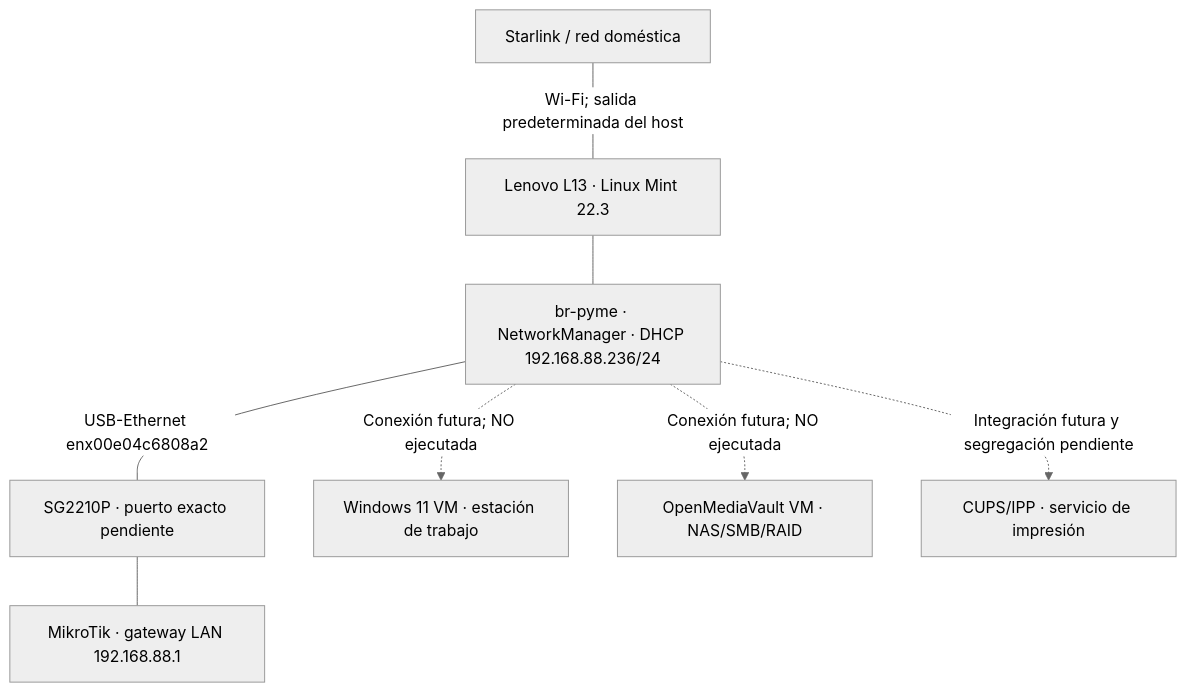
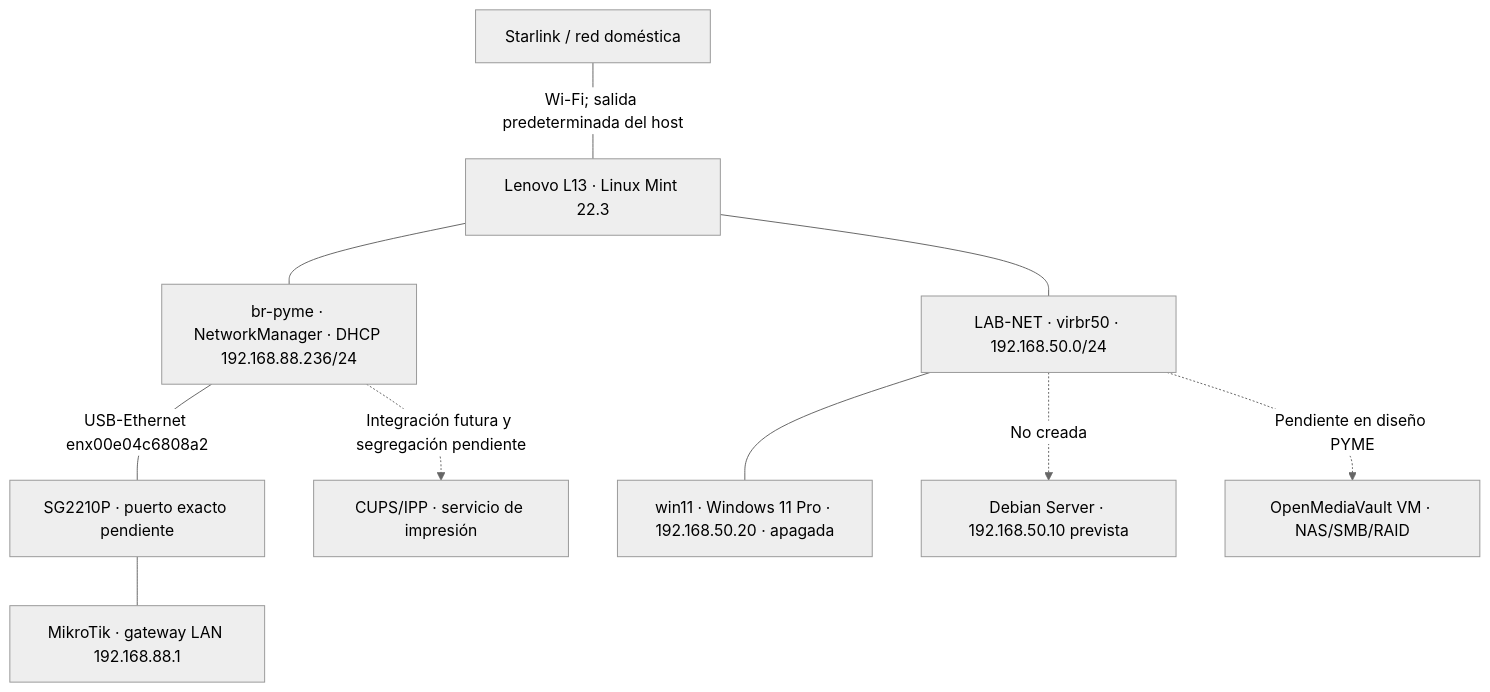
Before and after one commit to p0p1as71/gestor-redes-laboratorio: the diagram in laboratorio-virtual/lenovo-l13/README.md, drawn with Mermaid (neutral theme). The commit also changed other lines of this file and 3 other files, not shown here.

First line of the commit message:
docs: Windows 11 instalada en LAB-NET y estado Lenovo 28/10 (#19)

````diff
--- a/laboratorio-virtual/lenovo-l13/README.md
+++ b/laboratorio-virtual/lenovo-l13/README.md
@@ -9,10 +9,12 @@
 ```mermaid
 flowchart TD
     STAR["Starlink / red doméstica"] ---|"Wi-Fi; salida predeterminada del host"| HOST["Lenovo L13 · Linux Mint 22.3"]
     HOST --- BR["br-pyme · NetworkManager · DHCP 192.168.88.236/24"]
     BR ---|"USB-Ethernet enx00e04c6808a2"| SW["SG2210P · puerto exacto pendiente"]
     SW --- M["MikroTik · gateway LAN 192.168.88.1"]
-    BR -.->|"Conexión futura; NO ejecutada"| WIN["Windows 11 VM · estación de trabajo"]
-    BR -.->|"Conexión futura; NO ejecutada"| OMV["OpenMediaVault VM · NAS/SMB/RAID"]
+    HOST --- LAB["LAB-NET · virbr50 · 192.168.50.0/24"]
+    LAB --- WIN["win11 · Windows 11 Pro · 192.168.50.20 · apagada"]
+    LAB -.->|"No creada"| DEB["Debian Server · 192.168.50.10 prevista"]
+    LAB -.->|"Pendiente en diseño PYME"| OMV["OpenMediaVault VM · NAS/SMB/RAID"]
     BR -.->|"Integración futura y segregación pendiente"| CUPS["CUPS/IPP · servicio de impresión"]
 ```
````
